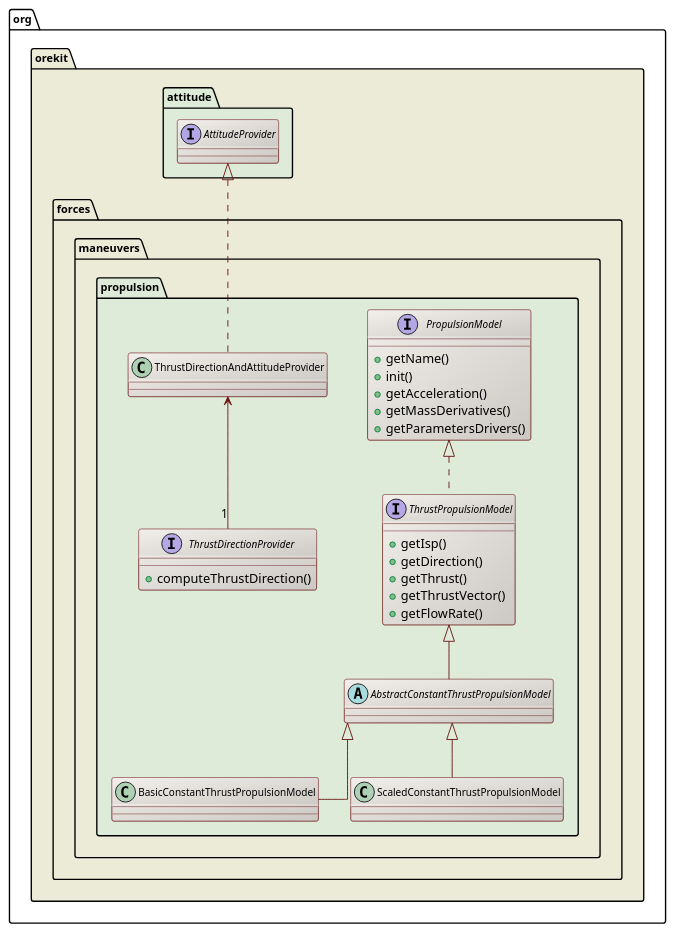
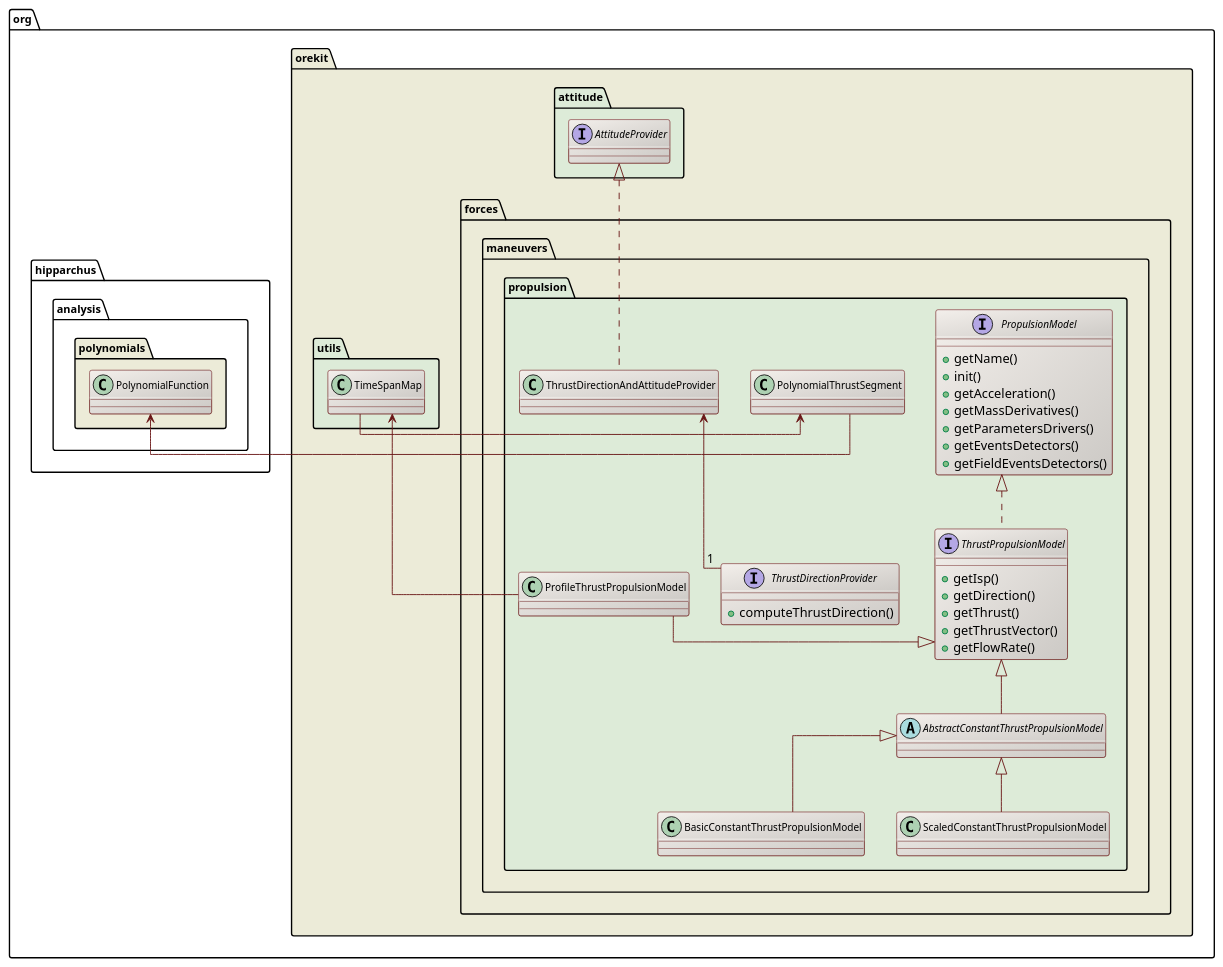
The diagram in src/design/propulsion-class-diagram.puml (CS-SI/Orekit), drawn with PlantUML before and after one commit. The commit also changed 11 other files, not shown here.

First line of the commit message:
Added piecewise-polynomial thrust model.

```diff
--- a/src/design/propulsion-class-diagram.puml
+++ b/src/design/propulsion-class-diagram.puml
@@ -17,60 +17,77 @@
 @startuml
 
   skinparam svek                  true
   skinparam ClassBackgroundColor  #F3EFEB/CCC9C5
   skinparam ClassArrowColor       #691616
   skinparam ClassBorderColor      #691616
   skinparam NoteBackgroundColor   #F3EFEB
   skinparam NoteBorderColor       #691616
   skinparam NoteFontColor         #691616
   skinparam ClassFontSize         11
   skinparam PackageFontSize       12
   skinparam linetype              ortho
 
   package org.orekit #ECEBD8 {
 
     package attitude #DDEBD8 {
       interface AttitudeProvider
     }
 
+    package utils #DDEBD8 {
+      class TimeSpanMap
+    }
+
     package forces.maneuvers.propulsion #DDEBD8 {
 
       interface PropulsionModel {
         +getName()
         +init()
         +getAcceleration()
         +getMassDerivatives()
         +getParametersDrivers()
+        +getEventsDetectors()
+        +getFieldEventsDetectors()
       }
 
       interface ThrustPropulsionModel {
         +getIsp()
         +getDirection()
         +getThrust()
         +getThrustVector()
         +getFlowRate()
       }
 
       interface ThrustDirectionProvider {
         +computeThrustDirection()
       }
 
       abstract class AbstractConstantThrustPropulsionModel
       class BasicConstantThrustPropulsionModel
       class ScaledConstantThrustPropulsionModel
+      class ProfileThrustPropulsionModel
+      class PolynomialThrustSegment
 
       class ThrustDirectionAndAttitudeProvider
 
       PropulsionModel <|.. ThrustPropulsionModel
       ThrustPropulsionModel <|-- AbstractConstantThrustPropulsionModel
+      ThrustPropulsionModel <|-right- ProfileThrustPropulsionModel
       AbstractConstantThrustPropulsionModel <|-- BasicConstantThrustPropulsionModel
       AbstractConstantThrustPropulsionModel <|-- ScaledConstantThrustPropulsionModel
 
       AttitudeProvider <|.. ThrustDirectionAndAttitudeProvider
       ThrustDirectionAndAttitudeProvider <-- "1" ThrustDirectionProvider
 
+      TimeSpanMap <-- ProfileThrustPropulsionModel
+      PolynomialThrustSegment <-- TimeSpanMap
+
     }
 
- }
+  }
+
+  package org.hipparchus.analysis.polynomials #ECEBD8 {
+    class PolynomialFunction
+    PolynomialThrustSegment -right-> PolynomialFunction
+  }
 
 @enduml
```
